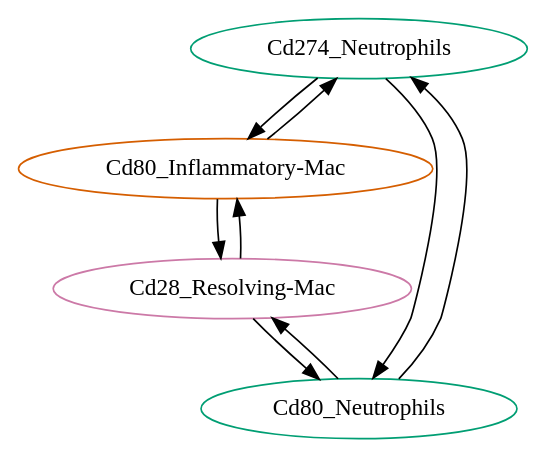
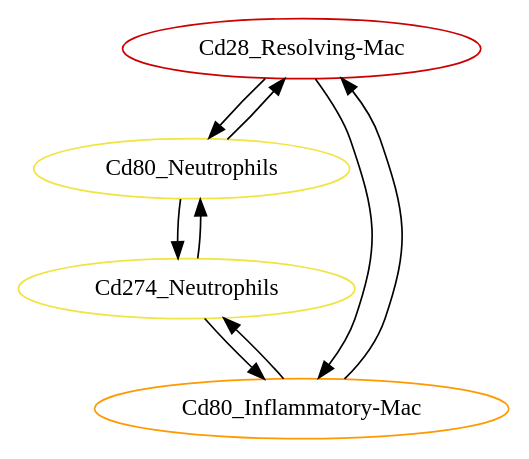
Before and after one commit to LeGrand-Lab/BulkAnalysis_plusNetwork: the diagram in networks_explore/propertiesYoung/cycle_D2.dot, drawn with Graphviz. The commit also changed 43 other files, not shown here.

```diff
--- a/networks_explore/propertiesYoung/cycle_D2.dot
+++ b/networks_explore/propertiesYoung/cycle_D2.dot
@@ -1,46 +1,46 @@
 strict digraph "" {
+	"Cd28_Resolving-Mac"	[celltype="Resolving-Mac",
+		color="#cc0000ff",
+		genesym=Cd28,
+		nodetype=receiver,
+		specificity=0.5896551116296064];
+	Cd80_Neutrophils	[celltype=Neutrophils,
+		color="#f0e442ff",
+		genesym=Cd80,
+		nodetype=receiver,
+		specificity=0.6628648713262609];
+	"Cd28_Resolving-Mac" -> Cd80_Neutrophils	[ecolor="#cc0000ff",
+		origtype="Cd28_Resolving-Mac",
+		weight=0.3908616596972311];
+	"Cd80_Inflammatory-Mac"	[celltype="Inflammatory-Mac",
+		color="#ff9900ff",
+		genesym=Cd80,
+		nodetype=receiver,
+		specificity=0.2329635276189966];
+	"Cd28_Resolving-Mac" -> "Cd80_Inflammatory-Mac"	[ecolor="#cc0000ff",
+		origtype="Cd28_Resolving-Mac",
+		weight=0.1373681348838063];
 	Cd274_Neutrophils	[celltype=Neutrophils,
-		color="#009E73",
+		color="#f0e442ff",
 		genesym=Cd274,
 		nodetype=sender,
 		specificity=0.6176064445953491];
-	"Cd80_Inflammatory-Mac"	[celltype="Inflammatory-Mac",
-		color="#D55E00",
-		genesym=Cd80,
-		nodetype=receiver,
-		specificity=0.2329635276189966];
-	Cd274_Neutrophils -> "Cd80_Inflammatory-Mac"	[ecolor="#009E73",
+	Cd274_Neutrophils -> Cd80_Neutrophils	[ecolor="#f0e442ff",
+		origtype=Cd274_Neutrophils,
+		weight=0.4093896164269656];
+	Cd274_Neutrophils -> "Cd80_Inflammatory-Mac"	[ecolor="#f0e442ff",
 		origtype=Cd274_Neutrophils,
 		weight=0.1438797760131589];
-	Cd80_Neutrophils	[celltype=Neutrophils,
-		color="#009E73",
-		genesym=Cd80,
-		nodetype=receiver,
-		specificity=0.6628648713262609];
-	Cd274_Neutrophils -> Cd80_Neutrophils	[ecolor="#009E73",
-		origtype=Cd274_Neutrophils,
+	Cd80_Neutrophils -> "Cd28_Resolving-Mac"	[ecolor="#f0e442ff",
+		origtype=Cd80_Neutrophils,
+		weight=0.3908616596972311];
+	Cd80_Neutrophils -> Cd274_Neutrophils	[ecolor="#f0e442ff",
+		origtype=Cd80_Neutrophils,
 		weight=0.4093896164269656];
-	"Cd28_Resolving-Mac"	[celltype="Resolving-Mac",
-		color="#CC79A7",
-		genesym=Cd28,
-		nodetype=receiver,
-		specificity=0.5896551116296064];
-	"Cd28_Resolving-Mac" -> "Cd80_Inflammatory-Mac"	[ecolor="#CC79A7",
-		origtype="Cd28_Resolving-Mac",
+	"Cd80_Inflammatory-Mac" -> "Cd28_Resolving-Mac"	[ecolor="#ff9900ff",
+		origtype="Cd80_Inflammatory-Mac",
 		weight=0.1373681348838063];
-	"Cd28_Resolving-Mac" -> Cd80_Neutrophils	[ecolor="#CC79A7",
-		origtype="Cd28_Resolving-Mac",
-		weight=0.3908616596972311];
-	"Cd80_Inflammatory-Mac" -> Cd274_Neutrophils	[ecolor="#D55E00",
+	"Cd80_Inflammatory-Mac" -> Cd274_Neutrophils	[ecolor="#ff9900ff",
 		origtype="Cd80_Inflammatory-Mac",
 		weight=0.1438797760131589];
-	"Cd80_Inflammatory-Mac" -> "Cd28_Resolving-Mac"	[ecolor="#D55E00",
-		origtype="Cd80_Inflammatory-Mac",
-		weight=0.1373681348838063];
-	Cd80_Neutrophils -> Cd274_Neutrophils	[ecolor="#009E73",
-		origtype=Cd80_Neutrophils,
-		weight=0.4093896164269656];
-	Cd80_Neutrophils -> "Cd28_Resolving-Mac"	[ecolor="#009E73",
-		origtype=Cd80_Neutrophils,
-		weight=0.3908616596972311];
 }
```
